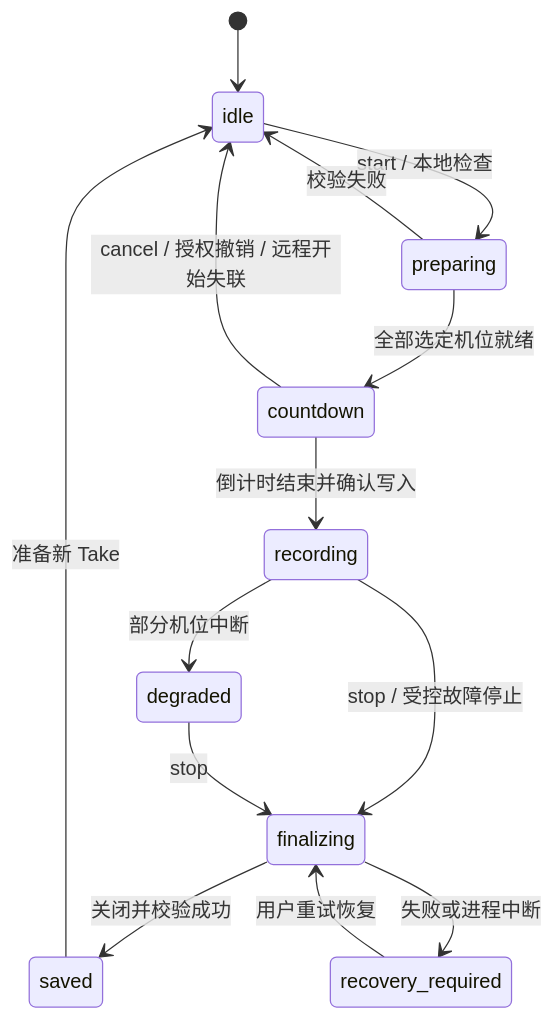
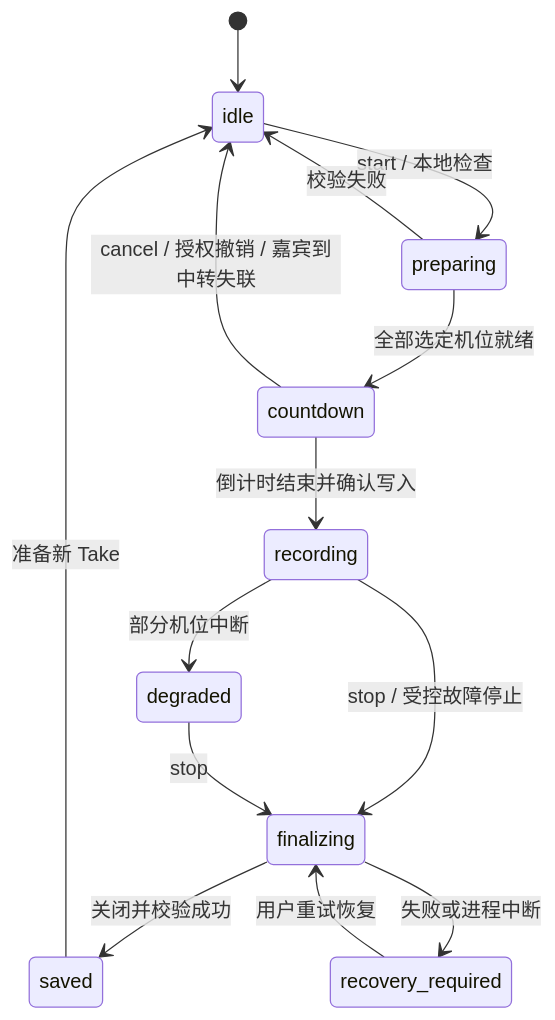
One commit to billzhuang6569/zsir-interview-assistant changed the second of 2 diagrams in docs/development.md. Above: the diagram before and after it, drawn with Mermaid. The commit also changed other lines of this file and 7 other files, not shown here.

````diff
--- a/docs/development.md
+++ b/docs/development.md
@@ -36,16 +36,16 @@
 ```mermaid
 stateDiagram-v2
   [*] --> idle
   idle --> preparing: start / 本地检查
   preparing --> countdown: 全部选定机位就绪
   preparing --> idle: 校验失败
-  countdown --> idle: cancel / 授权撤销 / 远程开始失联
+  countdown --> idle: cancel / 授权撤销 / 嘉宾到中转失联
   countdown --> recording: 倒计时结束并确认写入
   recording --> finalizing: stop / 受控故障停止
   recording --> degraded: 部分机位中断
   degraded --> finalizing: stop
   finalizing --> saved: 关闭并校验成功
   finalizing --> recovery_required: 失败或进程中断
   recovery_required --> finalizing: 用户重试恢复
   saved --> idle: 准备新 Take
 ```
````
